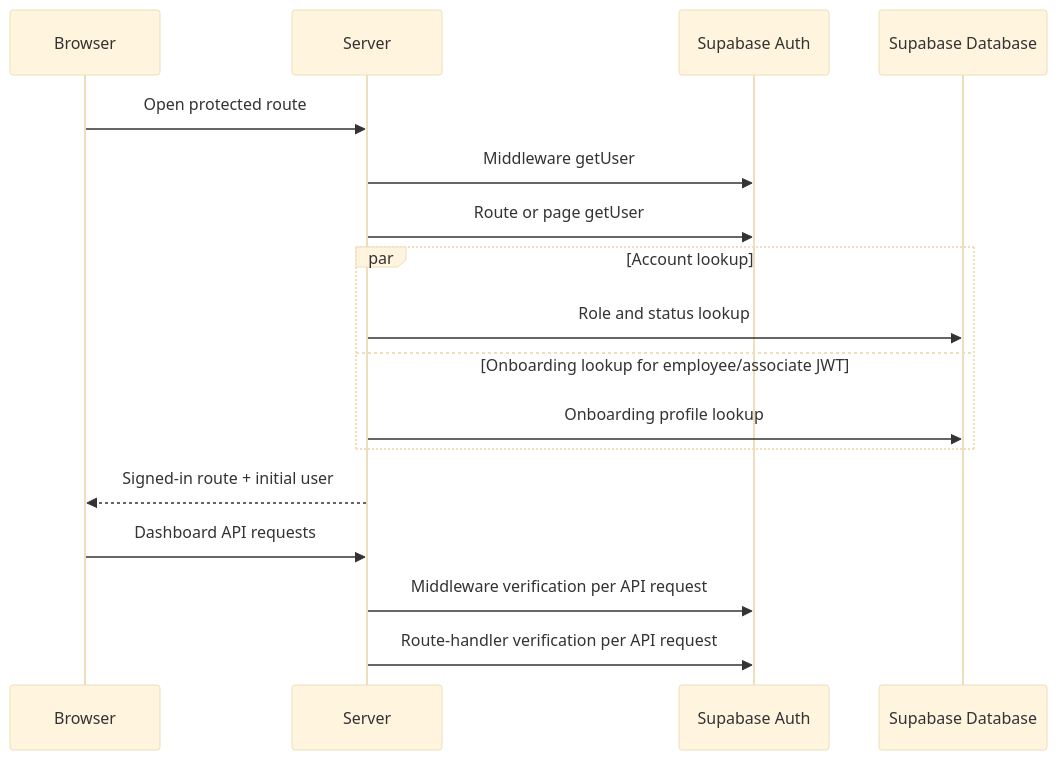
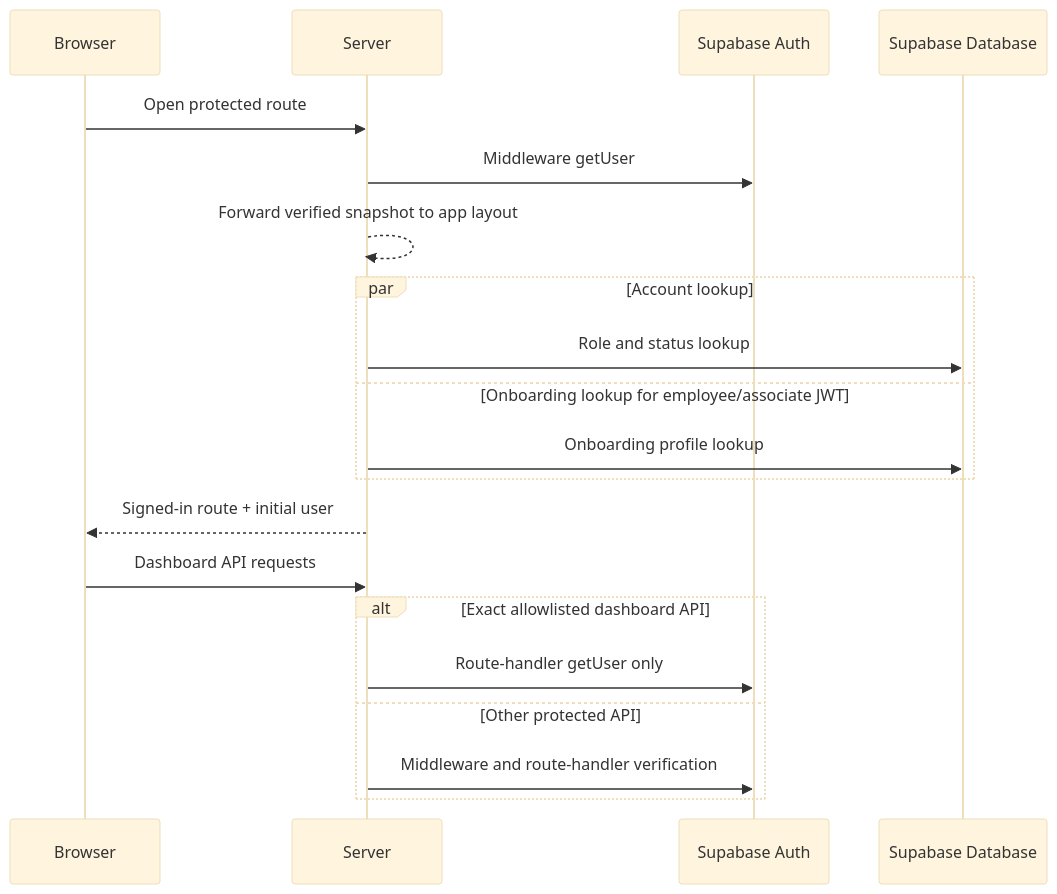
Before and after one commit to may24fc/sn-connect-app: the second of 3 diagrams in docs/features/authentication/optimization.md, drawn with Mermaid (base theme). The commit also changed other lines of this file and 15 other files, not shown here.

Commit message:
feat(auth): reuse verified requests across protected routes

````diff
--- a/docs/features/authentication/optimization.md
+++ b/docs/features/authentication/optimization.md
@@ -36,20 +36,23 @@
 ```mermaid
 sequenceDiagram
     participant Browser
     participant Server
     participant Auth as Supabase Auth
     participant DB as Supabase Database
 
     Browser->>Server: Open protected route
     Server->>Auth: Middleware getUser
-    Server->>Auth: Route or page getUser
+    Server-->>Server: Forward verified snapshot to app layout
     par Account lookup
         Server->>DB: Role and status lookup
     and Onboarding lookup for employee/associate JWT
         Server->>DB: Onboarding profile lookup
     end
     Server-->>Browser: Signed-in route + initial user
     Browser->>Server: Dashboard API requests
-    Server->>Auth: Middleware verification per API request
-    Server->>Auth: Route-handler verification per API request
+    alt Exact allowlisted dashboard API
+        Server->>Auth: Route-handler getUser only
+    else Other protected API
+        Server->>Auth: Middleware and route-handler verification
+    end
 ```
````
